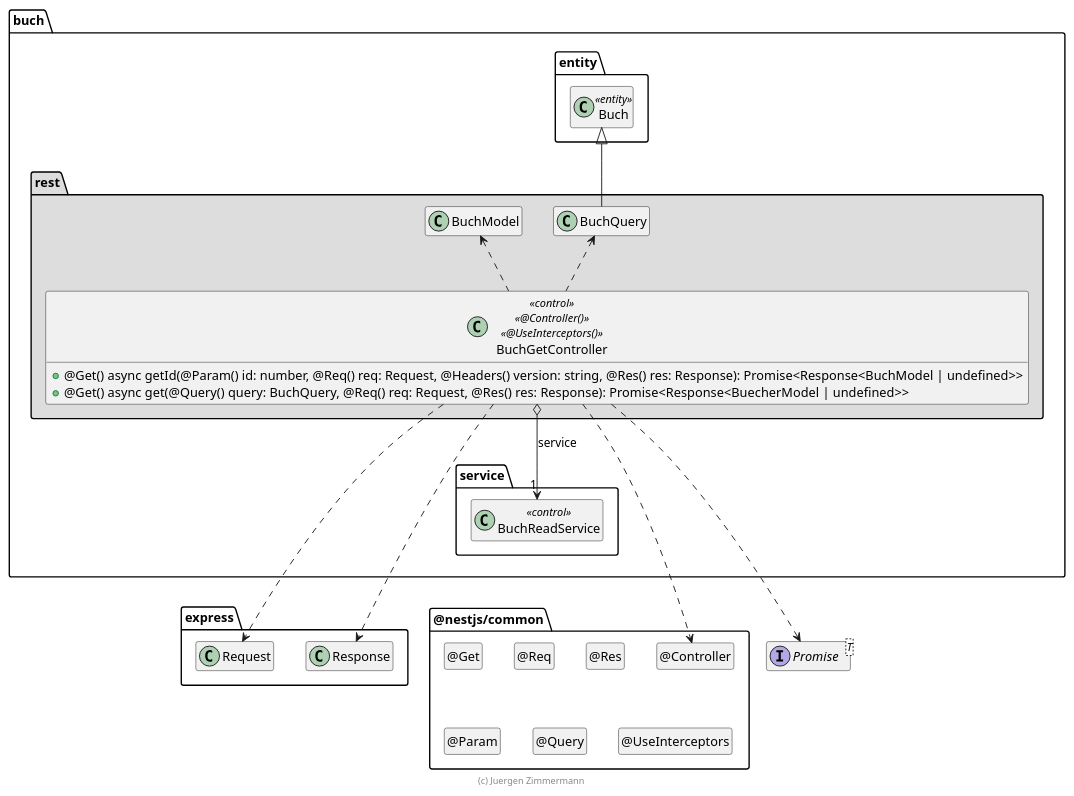
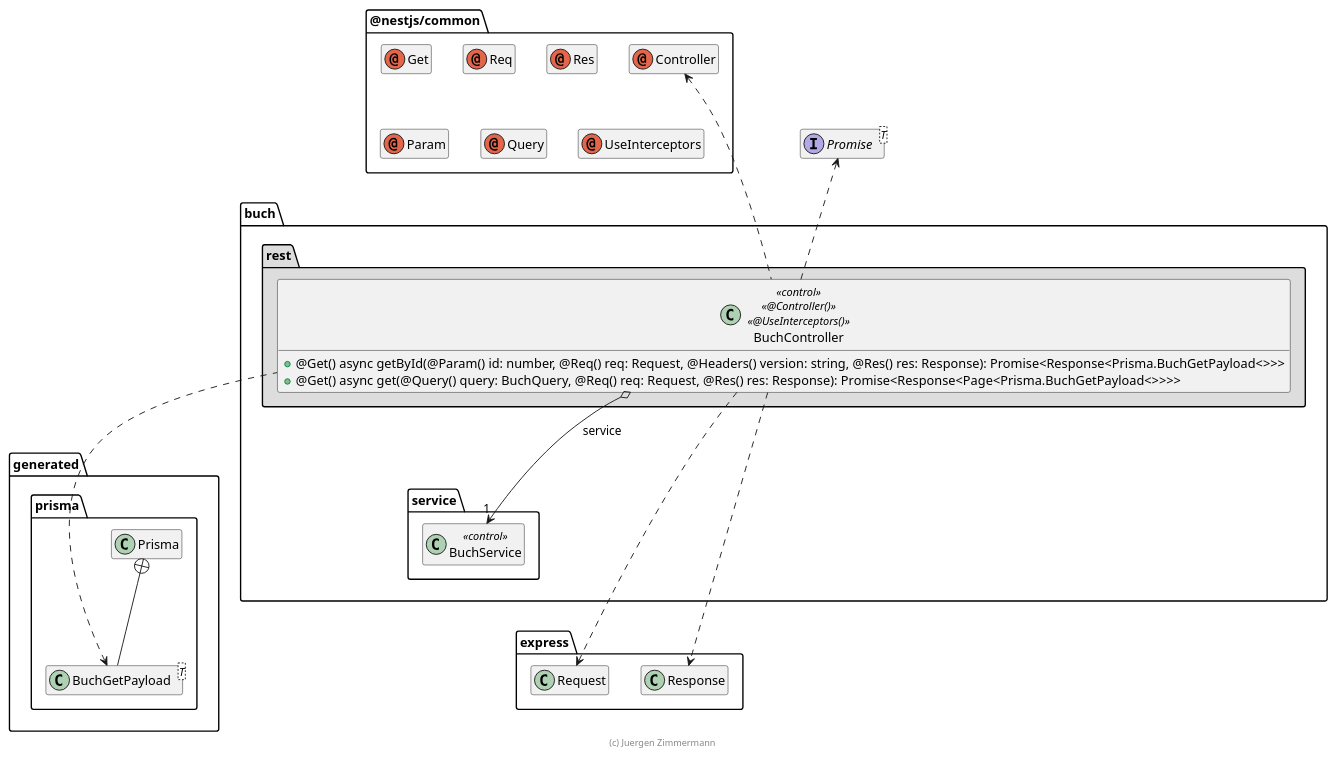
Before and after one commit to juergenzimmermann/buch: the diagram in .extras/doc/projekthandbuch/BuchController.plantuml, drawn with PlantUML. The commit also changed 18 other files, not shown here.

Commit message:
PlantUML mit Prisma; Prettier

```diff
--- a/.extras/doc/projekthandbuch/BuchController.plantuml
+++ b/.extras/doc/projekthandbuch/BuchController.plantuml
@@ -18,74 +18,59 @@
 @startuml Controller-Klasse
 
 interface Promise<T>
 
 package @nestjs/common {
-  class "@Controller" as Controller
-  hide Controller circle
-
-  class "@Get" as Get
-  hide Get circle
-
-  class "@Req" as Req
-  hide Req circle
-
-  class "@Res" as Res
-  hide Res circle
-
-  class "@Param" as Param
-  hide Param circle
-
-  class "@Query" as Query
-  hide Query circle
-
-  class "@UseInterceptors" as UseInterceptors
-  hide UseInterceptors circle
+  annotation Controller
+  annotation Get
+  annotation Req
+  annotation Res
+  annotation Param
+  annotation Query
+  annotation UseInterceptors
 }
 
 package express {
   class Request
   class Response
+}
 
-  Response .[hidden].> Controller
+package generated.prisma {
+  class Prisma
+  class BuchGetPayload<T>
+  Prisma +-- BuchGetPayload
 }
 
 package buch {
-  package entity #FFFFFF {
-    class Buch <<entity>>
-
-    Buch .[hidden].> Promise
-    Buch .[hidden].> Request
-  }
-
   package service {
-    class BuchReadService << control >>
+    class BuchService << control >>
   }
 
   package rest #DDDDDD {
-    BuchQuery -up-|> Buch
-
-    class BuchGetController << control >> << @Controller() >> << @UseInterceptors() >> {
-      + @Get() async getId(@Param() id: number, @Req() req: Request, @Headers() version: string, @Res() res: Response): Promise<Response<BuchModel | undefined>>
-      + @Get() async get(@Query() query: BuchQuery, @Req() req: Request,  @Res() res: Response): Promise<Response<BuecherModel | undefined>>
+    class BuchController << control >> << @Controller() >> << @UseInterceptors() >> {
+      + @Get() async getById(@Param() id: number, @Req() req: Request, @Headers() version: string, @Res() res: Response): Promise<Response<Prisma.BuchGetPayload<>>>
+      + @Get() async get(@Query() query: BuchQuery, @Req() req: Request,  @Res() res: Response): Promise<Response<Page<Prisma.BuchGetPayload<>>>>
     }
 
-    BuchGetController o--> "1" BuchReadService : service
+    BuchController o-down-> "1" BuchService : service
 
-    BuchGetController ..> Controller
-    BuchGetController ..> Request
-    BuchGetController ..> Response
-    BuchGetController ..> Promise
-    BuchGetController .up.> BuchModel
-    BuchGetController .up.> BuchQuery
+    BuchController .up.> Controller
 
-    BuchReadService .[hidden].> Request
-    BuchReadService .[hidden].> Promise
-    Response .right[hidden].> Controller
+    BuchController .down.> Request
+    BuchController .down.> Response
+
+    BuchController .up.> Promise
+    BuchController .up.> BuchGetPayload
+
+    Promise .[hidden]up.> Controller
+    BuchService .[hidden]down.> Prisma
+    BuchService .[hidden]down.> BuchGetPayload
+    BuchService .[hidden]down.> Request
+    Request .[hidden]left.> Prisma
   }
 }
 
 hide empty members
 
 footer (c) Juergen Zimmermann
 
 @enduml
```
